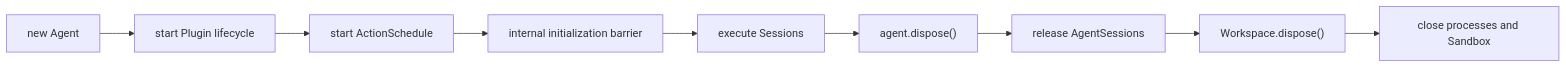
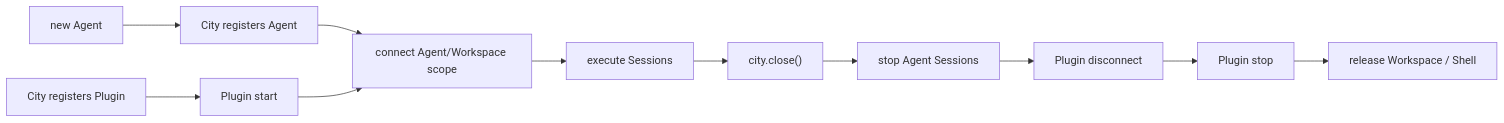
One commit to genesiscosmos/downcity changed the second of 2 diagrams in homepage/content/docs/en/agent/runtime-architecture.mdx. Above: the diagram before and after it, drawn with Mermaid. The commit also changed other lines of this file and 174 other files, not shown here.

Commit message:
refactor(city): own plugin lifecycle and projection

````diff
--- a/homepage/content/docs/en/agent/runtime-architecture.mdx
+++ b/homepage/content/docs/en/agent/runtime-architecture.mdx
@@ -184,11 +184,13 @@
 ```mermaid
 flowchart LR
-    Construct["new Agent"] --> Plugins["start Plugin lifecycle"]
-    Plugins --> Schedule["start ActionSchedule"]
-    Schedule --> Barrier["internal initialization barrier"]
-    Barrier --> Running["execute Sessions"]
-    Running --> Dispose["agent.dispose()"]
-    Dispose --> Sessions["release AgentSessions"]
-    Sessions --> Workspace["Workspace.dispose()"]
-    Workspace --> Shell["close processes and Sandbox"]
+    Agent["new Agent"] --> Register["City registers Agent"]
+    Plugin["City registers Plugin"] --> Start["Plugin start"]
+    Register --> Scope["connect Agent/Workspace scope"]
+    Start --> Scope
+    Scope --> Running["execute Sessions"]
+    Running --> Close["city.close()"]
+    Close --> Sessions["stop Agent Sessions"]
+    Sessions --> Disconnect["Plugin disconnect"]
+    Disconnect --> Stop["Plugin stop"]
+    Stop --> Workspace["release Workspace / Shell"]
 ```
````
